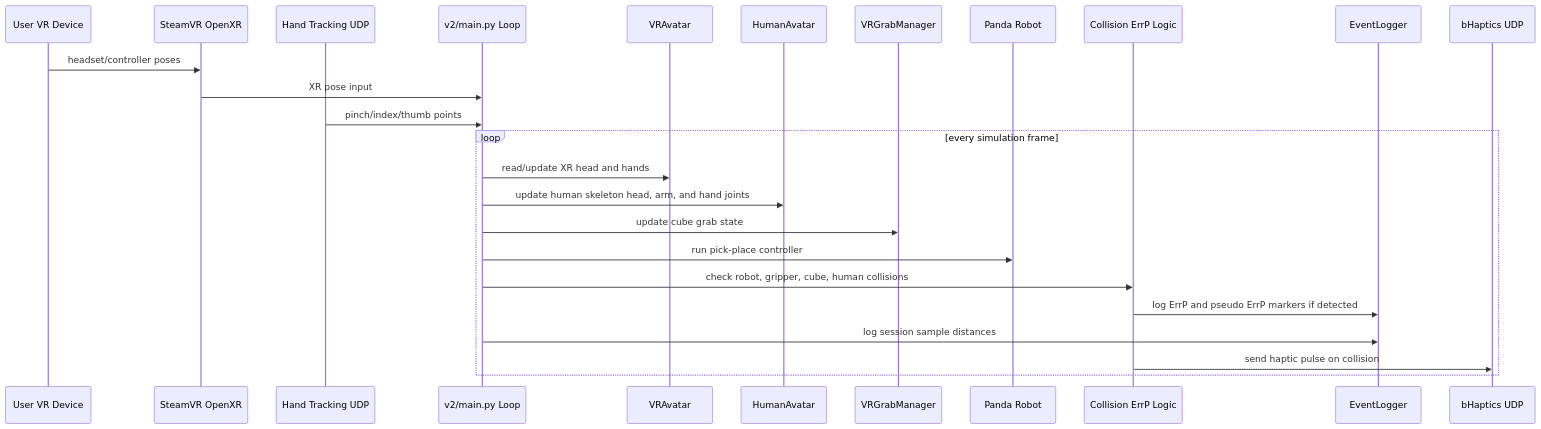
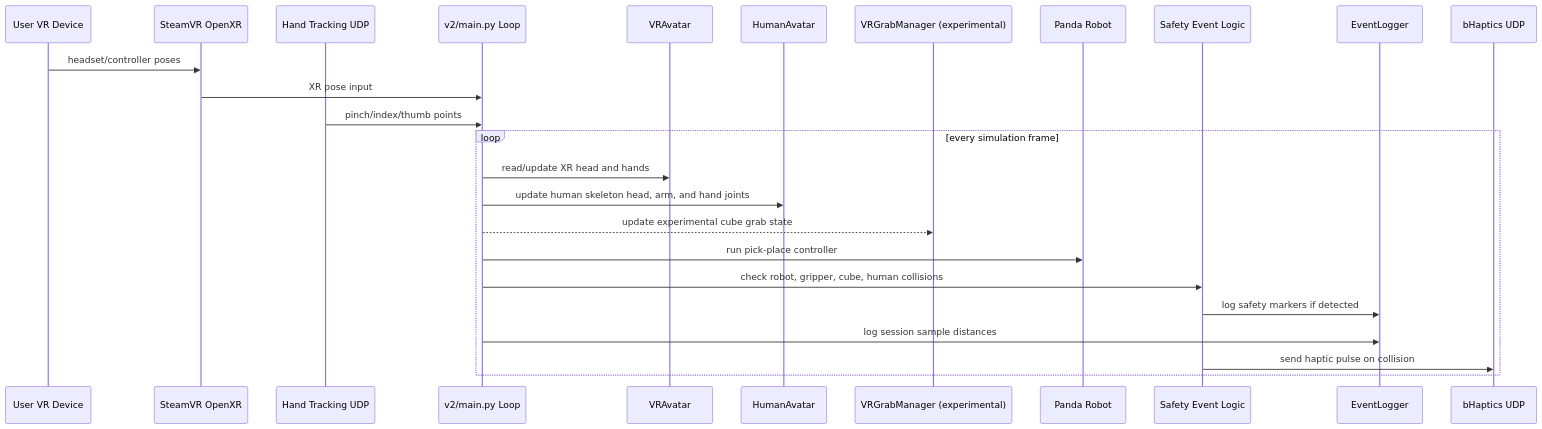
The second of 2 diagrams in docs/pipeline.md (LimChanju/SeRT-Training-Platform), drawn with Mermaid before and after one commit. The commit also changed other lines of this file and 80 other files, not shown here.

````diff
--- a/docs/pipeline.md
+++ b/docs/pipeline.md
@@ -85,29 +85,29 @@
 ```mermaid
 sequenceDiagram
     participant U as User VR Device
     participant XR as SteamVR OpenXR
     participant HT as Hand Tracking UDP
     participant M as v2/main.py Loop
     participant A as VRAvatar
     participant HA as HumanAvatar
-    participant G as VRGrabManager
+    participant G as VRGrabManager (experimental)
     participant R as Panda Robot
-    participant C as Collision ErrP Logic
+    participant C as Safety Event Logic
     participant L as EventLogger
     participant H as bHaptics UDP
 
     U->>XR: headset/controller poses
     XR->>M: XR pose input
     HT->>M: pinch/index/thumb points
 
     loop every simulation frame
         M->>A: read/update XR head and hands
         M->>HA: update human skeleton head, arm, and hand joints
-        M->>G: update cube grab state
+        M-->>G: update experimental cube grab state
         M->>R: run pick-place controller
         M->>C: check robot, gripper, cube, human collisions
-        C->>L: log ErrP and pseudo ErrP markers if detected
+        C->>L: log safety markers if detected
         M->>L: log session sample distances
         C->>H: send haptic pulse on collision
     end
 ```
````
